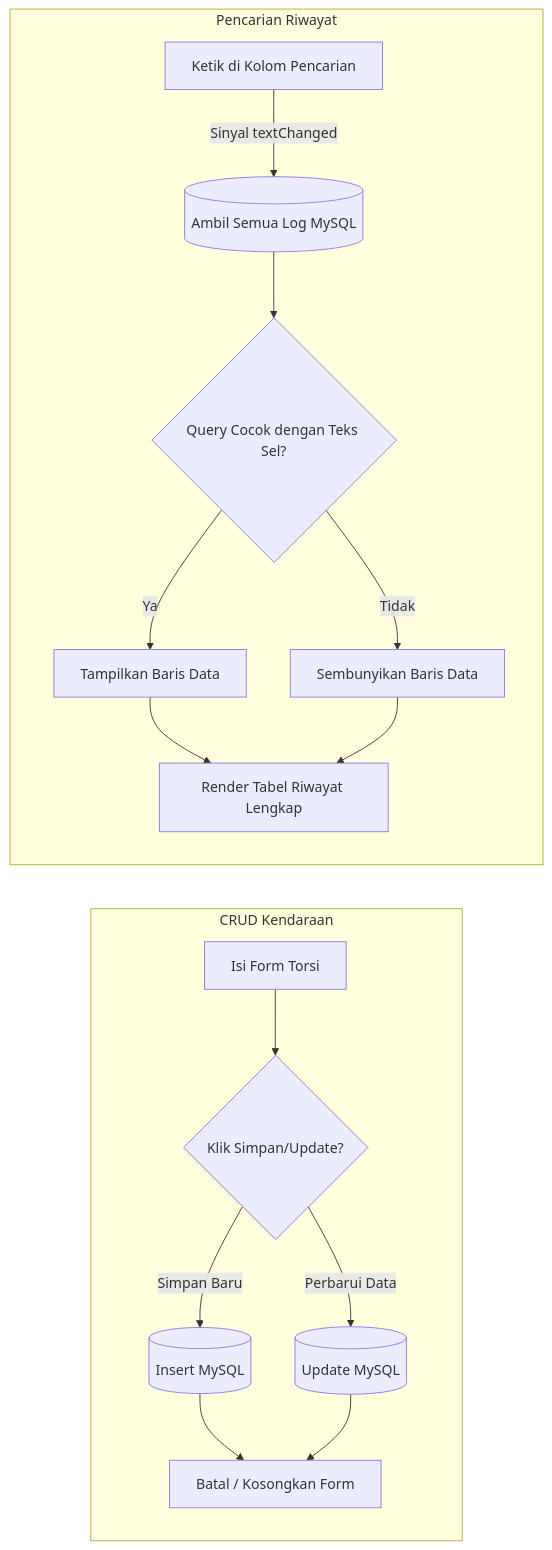
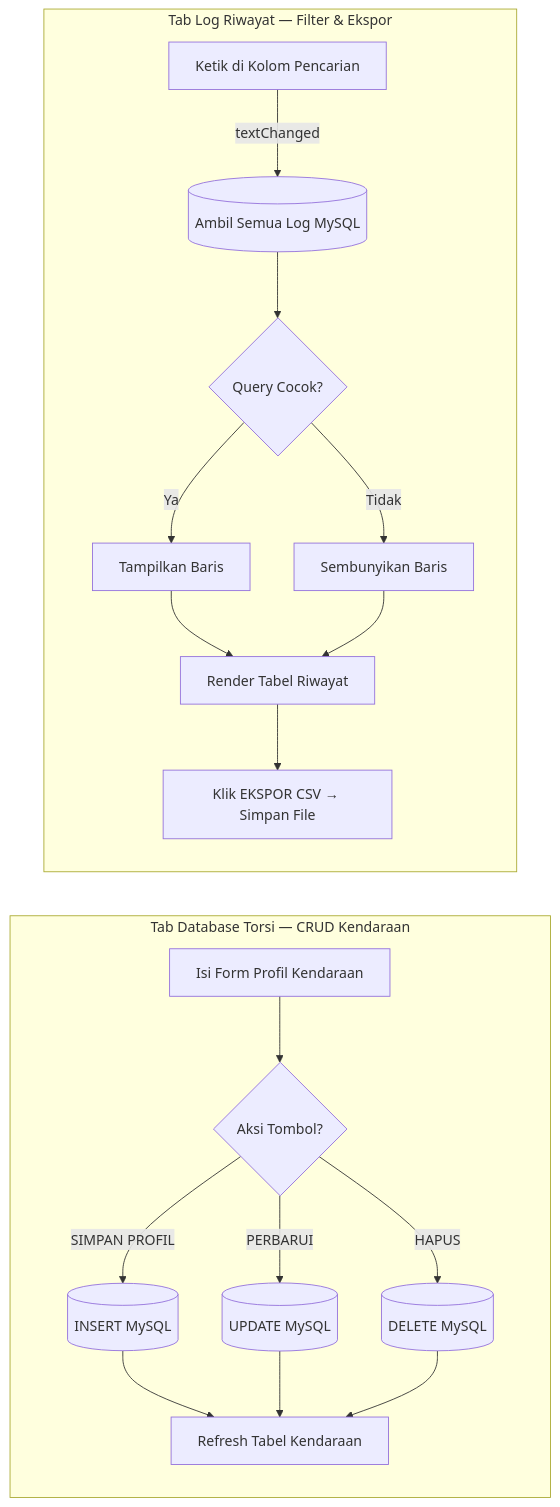
The third of 3 diagrams in README.md (hafistafrizal/predictive-maintenance), drawn with Mermaid before and after one commit. The commit also changed other lines of this file and 38 other files, not shown here.

````diff
--- a/README.md
+++ b/README.md
@@ -154,19 +177,22 @@
 ```mermaid
 flowchart LR
-    subgraph CRUD Kendaraan
-        Form[Isi Form Torsi] --> BtnSimpan{Klik Simpan/Update?}
-        BtnSimpan -->|Simpan Baru| InsertDB[(Insert MySQL)]
-        BtnSimpan -->|Perbarui Data| UpdateDB[(Update MySQL)]
-        InsertDB --> ClearForm[Batal / Kosongkan Form]
-        UpdateDB --> ClearForm
+    subgraph "Tab Database Torsi — CRUD Kendaraan"
+        Form[Isi Form Profil Kendaraan] --> BtnSimpan{Aksi Tombol?}
+        BtnSimpan -->|SIMPAN PROFIL| InsertDB[(INSERT MySQL)]
+        BtnSimpan -->|PERBARUI| UpdateDB[(UPDATE MySQL)]
+        BtnSimpan -->|HAPUS| DeleteDB[(DELETE MySQL)]
+        InsertDB --> Refresh[Refresh Tabel Kendaraan]
+        UpdateDB --> Refresh
+        DeleteDB --> Refresh
     end
-    
-    subgraph Pencarian Riwayat
-        Search[Ketik di Kolom Pencarian] -->|Sinyal textChanged| FetchDB[(Ambil Semua Log MySQL)]
-        FetchDB --> Filter{Query Cocok dengan Teks Sel?}
-        Filter -->|Ya| Keep[Tampilkan Baris Data]
-        Filter -->|Tidak| Hide[Sembunyikan Baris Data]
-        Keep --> Render[Render Tabel Riwayat Lengkap]
+
+    subgraph "Tab Log Riwayat — Filter & Ekspor"
+        Search[Ketik di Kolom Pencarian] -->|textChanged| FetchDB[(Ambil Semua Log MySQL)]
+        FetchDB --> Filter{Query Cocok?}
+        Filter -->|Ya| Keep[Tampilkan Baris]
+        Filter -->|Tidak| Hide[Sembunyikan Baris]
+        Keep --> Render[Render Tabel Riwayat]
         Hide --> Render
+        Render --> Ekspor[Klik EKSPOR CSV → Simpan File]
     end
 ```
````
